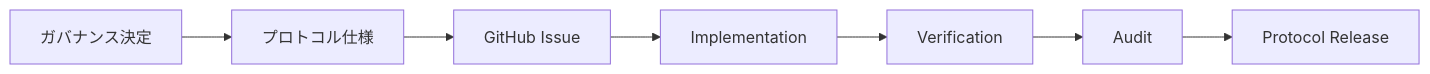
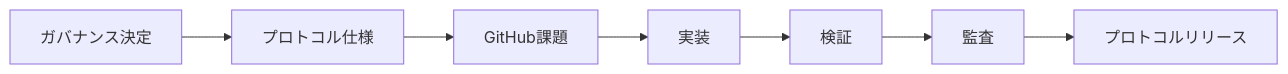
The eighth of 47 diagrams in docs/whitepaper/13-roadmap.md (ShigeichiroYamasaki/creator-first-platform), drawn with Mermaid before and after one commit. The commit also changed other lines of this file and 72 other files, not shown here.

````diff
--- a/docs/whitepaper/13-roadmap.md
+++ b/docs/whitepaper/13-roadmap.md
@@ -228,12 +228,12 @@
 ```mermaid
 flowchart LR
     GOV[ガバナンス決定]
     SPEC[プロトコル仕様]
-    ISSUE[GitHub Issue]
-    CODE[Implementation]
-    VERIFY[Verification]
-    AUDIT[Audit]
-    RELEASE[Protocol Release]
+    ISSUE[GitHub課題]
+    CODE[実装]
+    VERIFY[検証]
+    AUDIT[監査]
+    RELEASE[プロトコルリリース]
 
     GOV --> SPEC --> ISSUE --> CODE --> VERIFY --> AUDIT --> RELEASE
 ```
````
